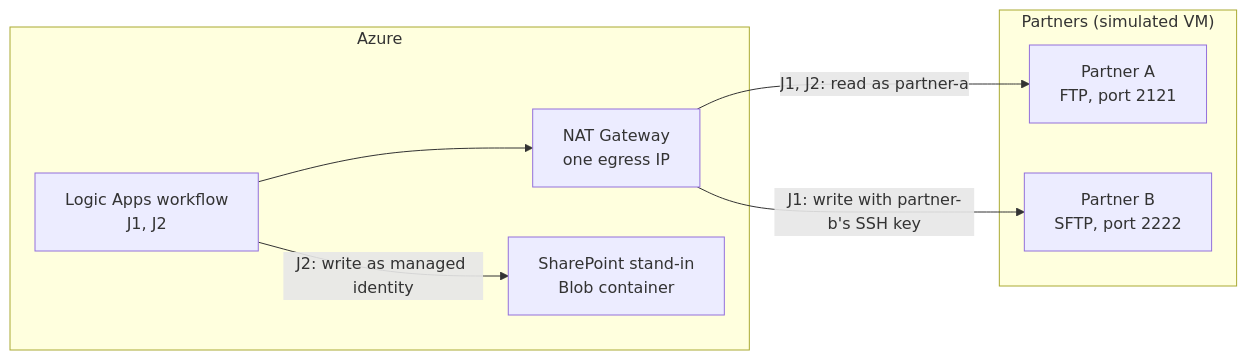
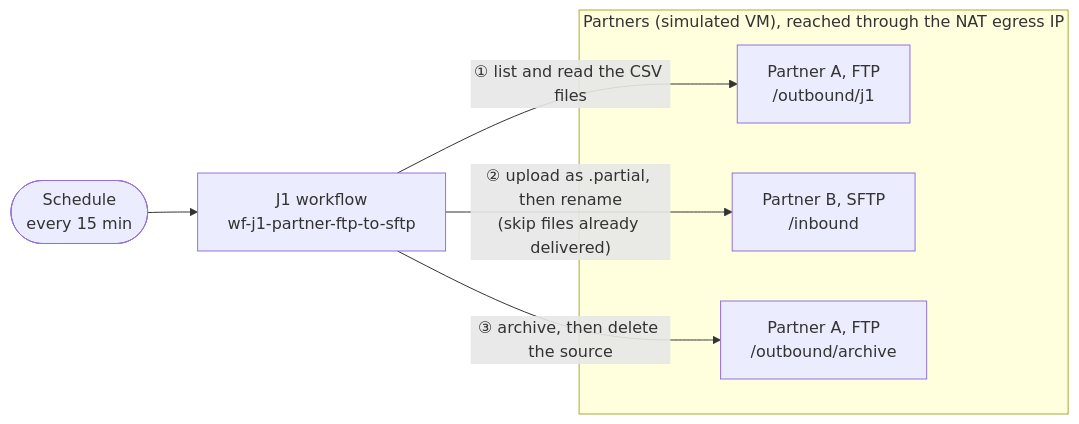
The first of 5 diagrams in README.md (ikhemissi/spike-orchestrator-to-logic-apps), drawn with Mermaid before and after one commit. The commit also changed other lines of this file, not shown here.

Commit message:
docs(readme): one setup diagram per job, starting from its trigger

````diff
--- a/README.md
+++ b/README.md
@@ -29,16 +29,12 @@
 ```mermaid
 flowchart LR
-    subgraph Azure
-        LA["Logic Apps workflow<br/>J1, J2"]
-        NAT["NAT Gateway<br/>one egress IP"]
-        SP["SharePoint stand-in<br/>Blob container"]
+    T(["Schedule<br/>every 15 min"]) --> J1["J1 workflow<br/>wf-j1-partner-ftp-to-sftp"]
+    subgraph Partners["Partners (simulated VM), reached through the NAT egress IP"]
+        SRC["Partner A, FTP<br/>/outbound/j1"]
+        DST["Partner B, SFTP<br/>/inbound"]
+        ARC["Partner A, FTP<br/>/outbound/archive"]
     end
-    subgraph Partners["Partners (simulated VM)"]
-        FTP["Partner A<br/>FTP, port 2121"]
-        SFTP["Partner B<br/>SFTP, port 2222"]
-    end
-    LA --> NAT
-    NAT -->|"J1, J2: read as partner-a"| FTP
-    NAT -->|"J1: write with partner-b's SSH key"| SFTP
-    LA -->|"J2: write as managed identity"| SP
+    J1 -->|"① list and read the CSV files"| SRC
+    J1 -->|"② upload as .partial, then rename<br/>(skip files already delivered)"| DST
+    J1 -->|"③ archive, then delete the source"| ARC
 ```
````
